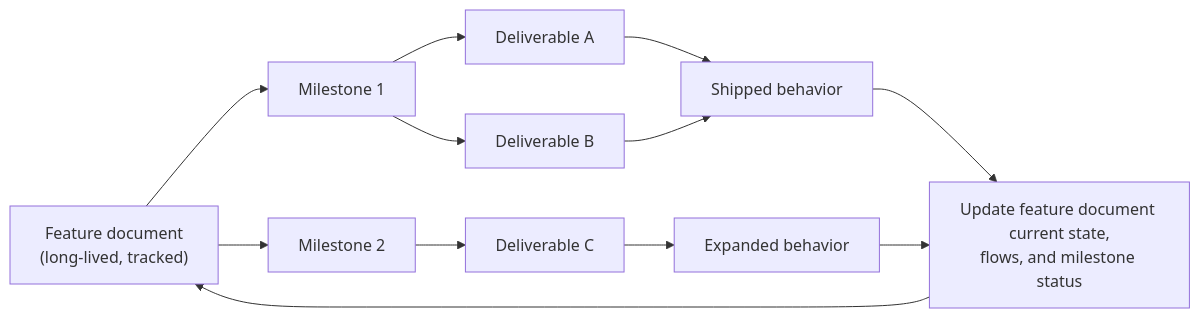
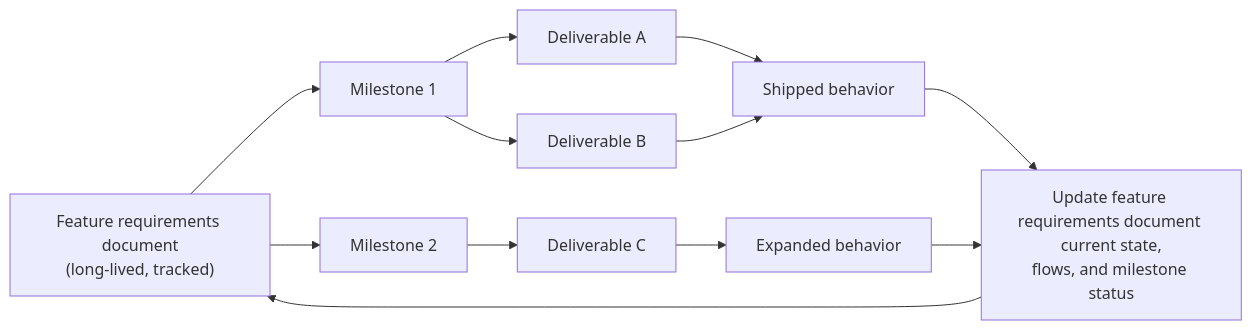
The first of 3 diagrams in zazz-framework.md (zazzcode/zazz-skills), drawn with Mermaid before and after one commit. The commit also changed other lines of this file and 2 other files, not shown here.

Commit message:
Clarify feature requirements terminology

````diff
--- a/zazz-framework.md
+++ b/zazz-framework.md
@@ -393,14 +496,14 @@
 ```mermaid
 flowchart LR
-    F["Feature document\n(long-lived, tracked)"] --> M1["Milestone 1"]
+    F["Feature requirements document\n(long-lived, tracked)"] --> M1["Milestone 1"]
     F --> M2["Milestone 2"]
     M1 --> D1["Deliverable A"]
     M1 --> D2["Deliverable B"]
     M2 --> D3["Deliverable C"]
     D1 --> S1["Shipped behavior"]
     D2 --> S1
     D3 --> S2["Expanded behavior"]
-    S1 --> U["Update feature document current state,\nflows, and milestone status"]
+    S1 --> U["Update feature requirements document current state,\nflows, and milestone status"]
     S2 --> U
     U --> F
 ```
````
